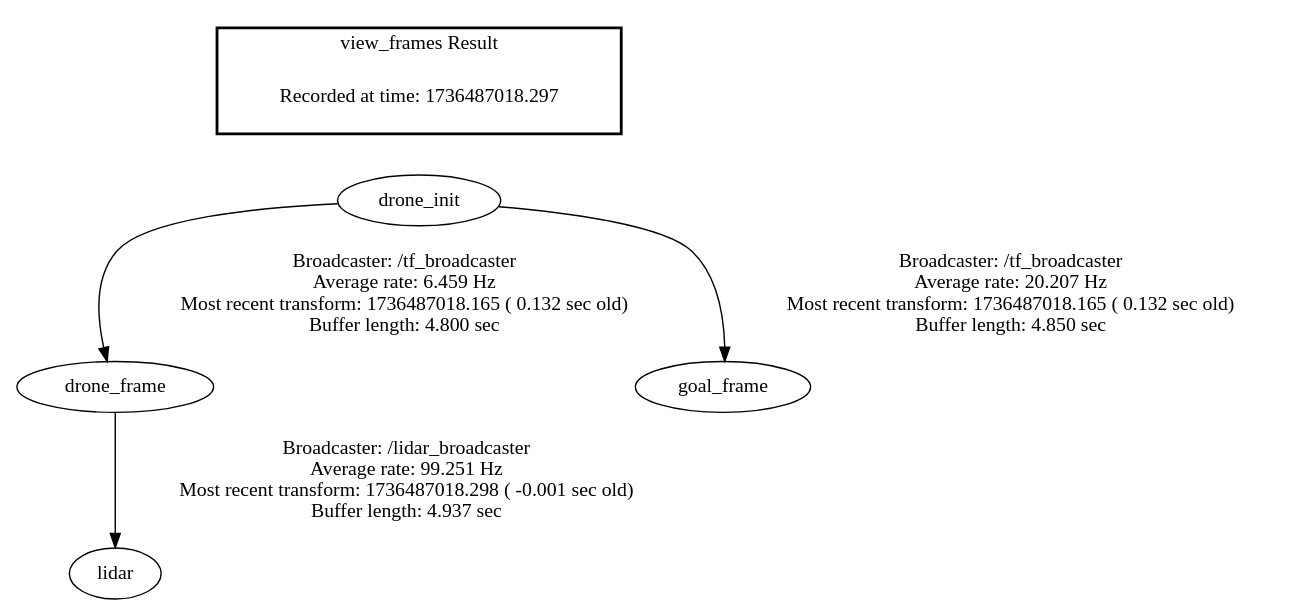
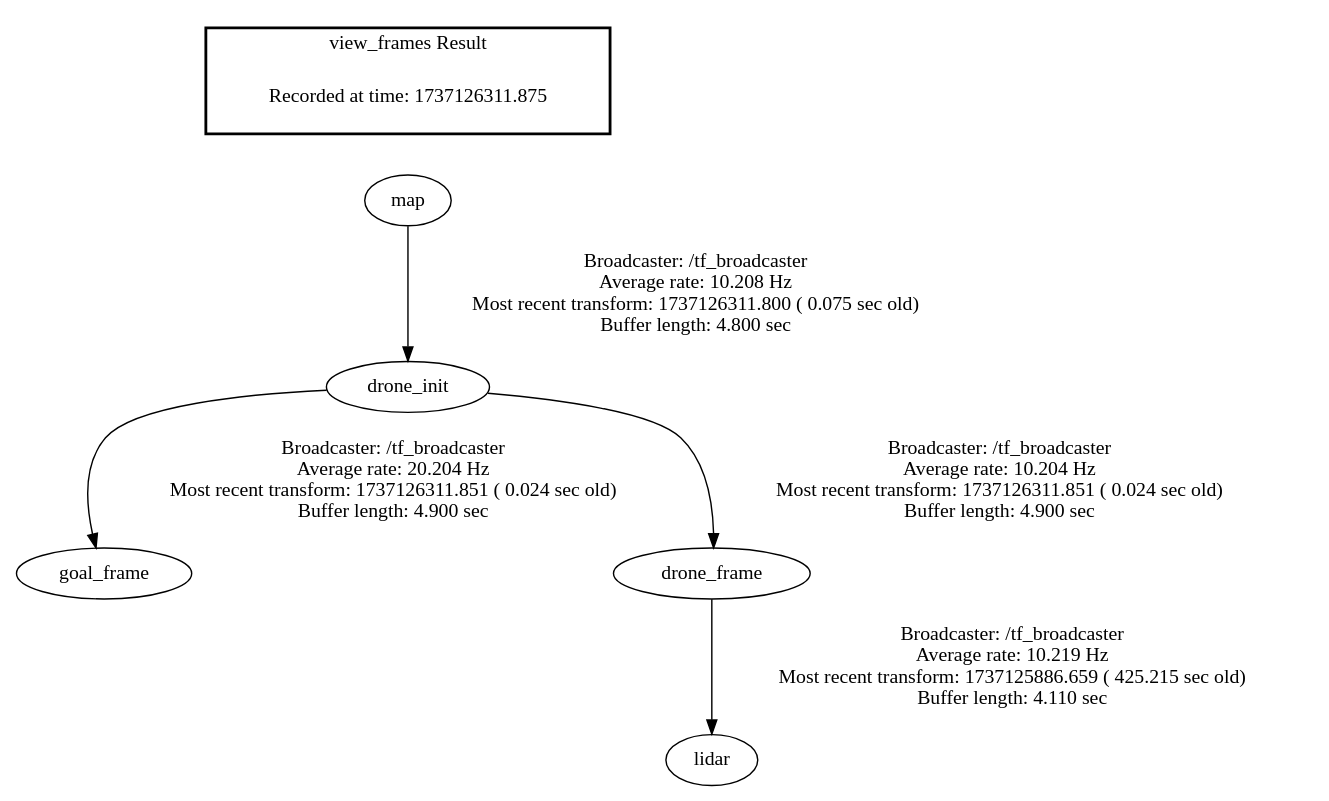
One commit to Yoasobisong/rmua_2025 changed the diagram in drone_ws/frames.gv. Above: the diagram before and after it, drawn with Graphviz. The commit also changed 70 other files, not shown here.

```diff
--- a/drone_ws/frames.gv
+++ b/drone_ws/frames.gv
@@ -1,9 +1,10 @@
 digraph G {
-"drone_frame" -> "lidar"[label="Broadcaster: /lidar_broadcaster\nAverage rate: 99.251 Hz\nMost recent transform: 1736487018.298 ( -0.001 sec old)\nBuffer length: 4.937 sec\n"];
-"drone_init" -> "drone_frame"[label="Broadcaster: /tf_broadcaster\nAverage rate: 6.459 Hz\nMost recent transform: 1736487018.165 ( 0.132 sec old)\nBuffer length: 4.800 sec\n"];
-"drone_init" -> "goal_frame"[label="Broadcaster: /tf_broadcaster\nAverage rate: 20.207 Hz\nMost recent transform: 1736487018.165 ( 0.132 sec old)\nBuffer length: 4.850 sec\n"];
+"drone_init" -> "goal_frame"[label="Broadcaster: /tf_broadcaster\nAverage rate: 20.204 Hz\nMost recent transform: 1737126311.851 ( 0.024 sec old)\nBuffer length: 4.900 sec\n"];
+"map" -> "drone_init"[label="Broadcaster: /tf_broadcaster\nAverage rate: 10.208 Hz\nMost recent transform: 1737126311.800 ( 0.075 sec old)\nBuffer length: 4.800 sec\n"];
+"drone_init" -> "drone_frame"[label="Broadcaster: /tf_broadcaster\nAverage rate: 10.204 Hz\nMost recent transform: 1737126311.851 ( 0.024 sec old)\nBuffer length: 4.900 sec\n"];
+"drone_frame" -> "lidar"[label="Broadcaster: /tf_broadcaster\nAverage rate: 10.219 Hz\nMost recent transform: 1737125886.659 ( 425.215 sec old)\nBuffer length: 4.110 sec\n"];
 edge [style=invis];
  subgraph cluster_legend { style=bold; color=black; label ="view_frames Result";
-"Recorded at time: 1736487018.297"[ shape=plaintext ] ;
- }->"drone_init";
+"Recorded at time: 1737126311.875"[ shape=plaintext ] ;
+ }->"map";
 }
```
